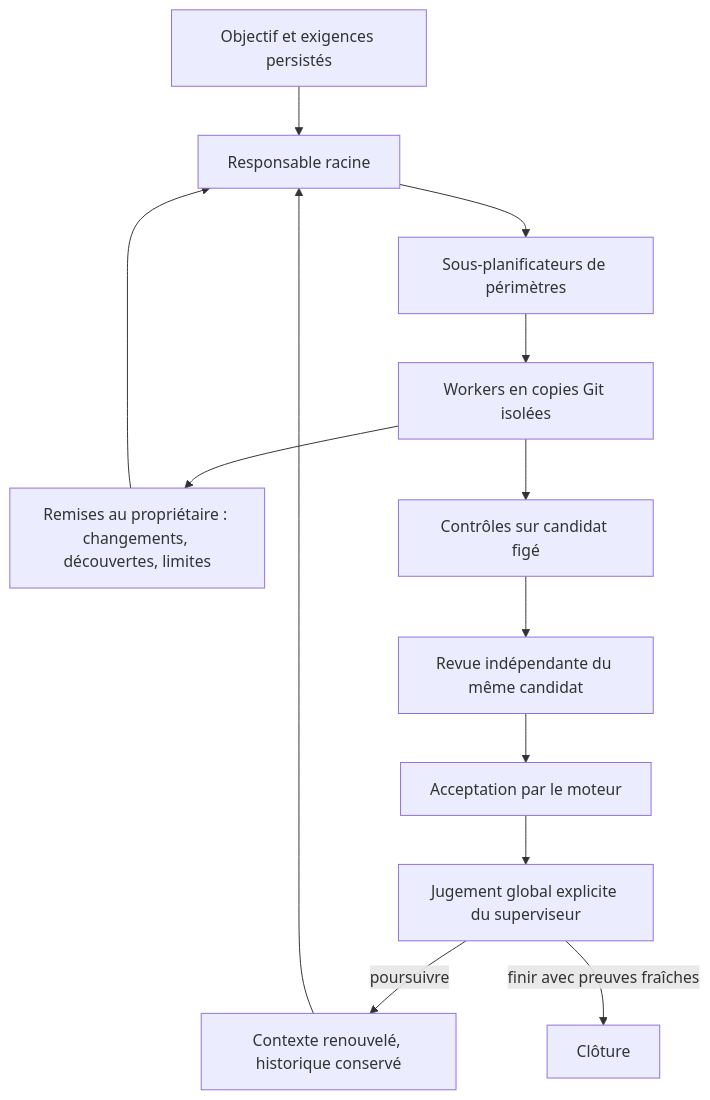
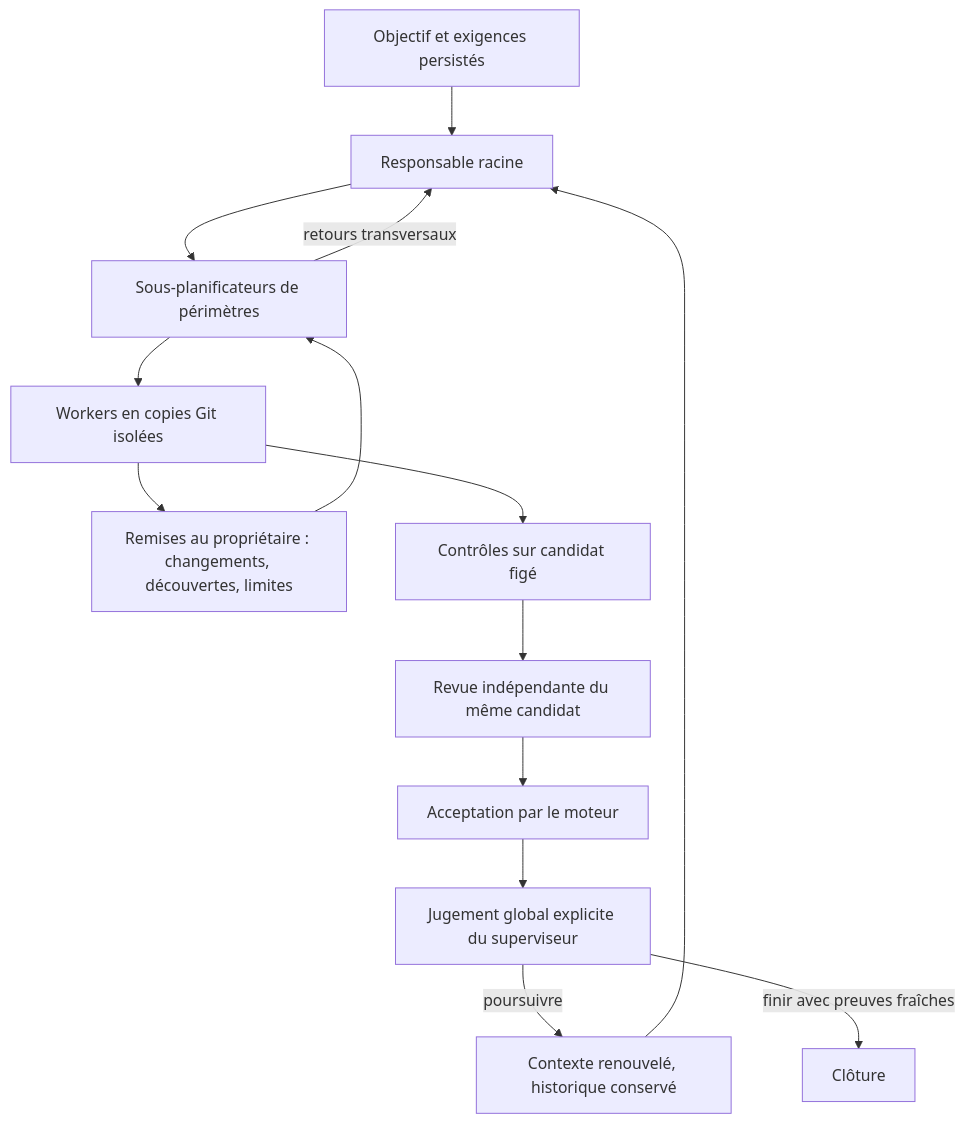
The first of 6 diagrams in docs/architecture/CURSOR-ENGINE-EVOLUTION-20261010.md (mo0ogly/swarm), drawn with Mermaid before and after one commit. The commit also changed other lines of this file and 8 other files, not shown here.

Commit message:
docs: consolidate Cursor architecture decision and recovery boundary

````diff
--- a/docs/architecture/CURSOR-ENGINE-EVOLUTION-20261010.md
+++ b/docs/architecture/CURSOR-ENGINE-EVOLUTION-20261010.md
@@ -33,15 +97,16 @@
 ```mermaid
 flowchart TD
     O[Objectif et exigences persistés] --> P[Responsable racine]
     P --> S[Sous-planificateurs de périmètres]
     S --> W[Workers en copies Git isolées]
     W --> H[Remises au propriétaire : changements, découvertes, limites]
-    H --> P
+    H --> S
+    S -->|retours transversaux| P
     W --> C[Contrôles sur candidat figé]
     C --> R[Revue indépendante du même candidat]
     R --> A[Acceptation par le moteur]
     A --> J[Jugement global explicite du superviseur]
     J -->|poursuivre| N[Contexte renouvelé, historique conservé]
     N --> P
     J -->|finir avec preuves fraîches| F[Clôture]
 ```
````
